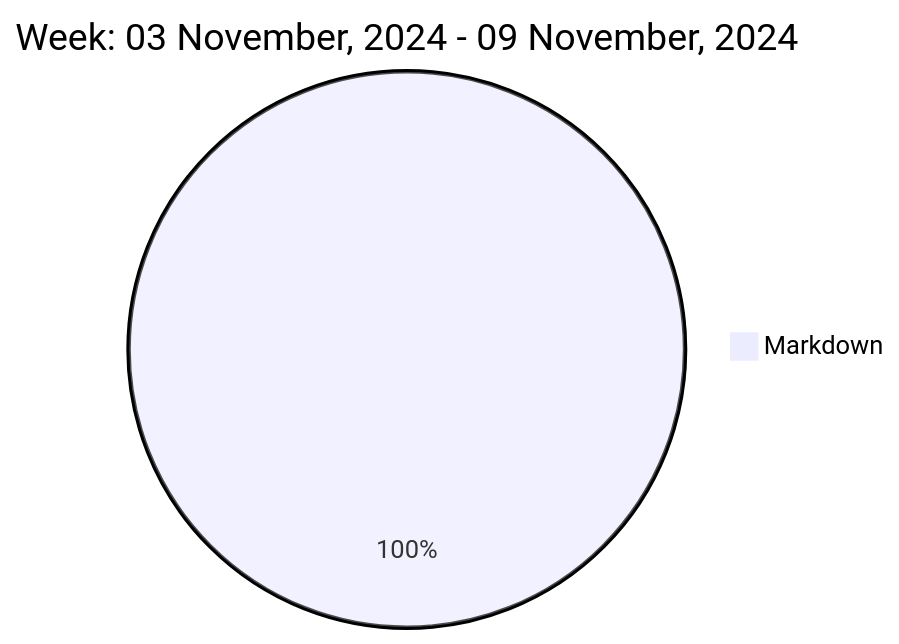
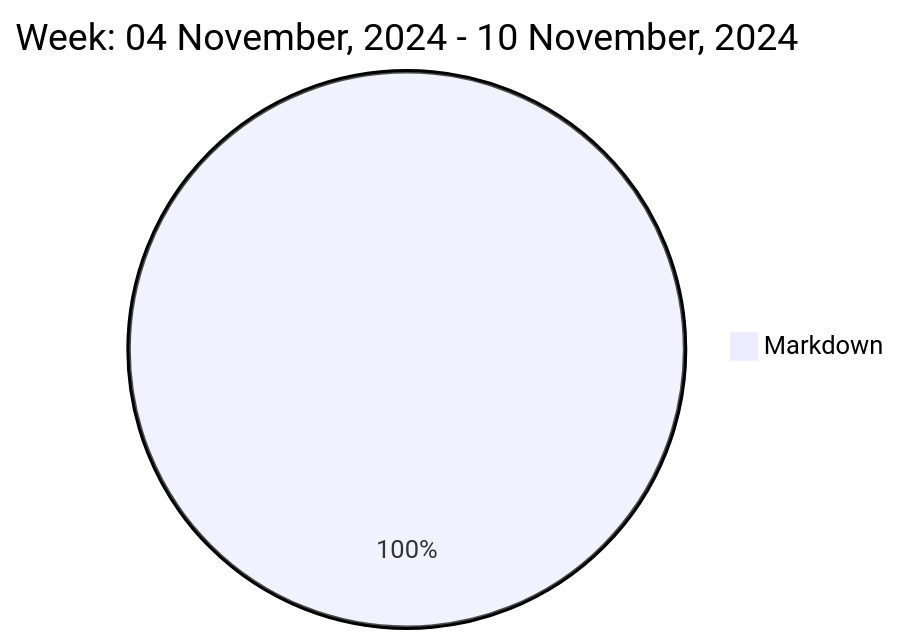
One commit to liubin95/liubin95 changed the diagram in README.md. Above: the diagram before and after it, drawn with Mermaid.

Commit message:
Updated the Graph with new Metrics

````diff
--- a/README.md
+++ b/README.md
@@ -37,5 +37,5 @@
 ```mermaid
  pie
-title Week: 03 November, 2024 - 09 November, 2024
+title Week: 04 November, 2024 - 10 November, 2024
  "Markdown" : 3.08
 ```
````
